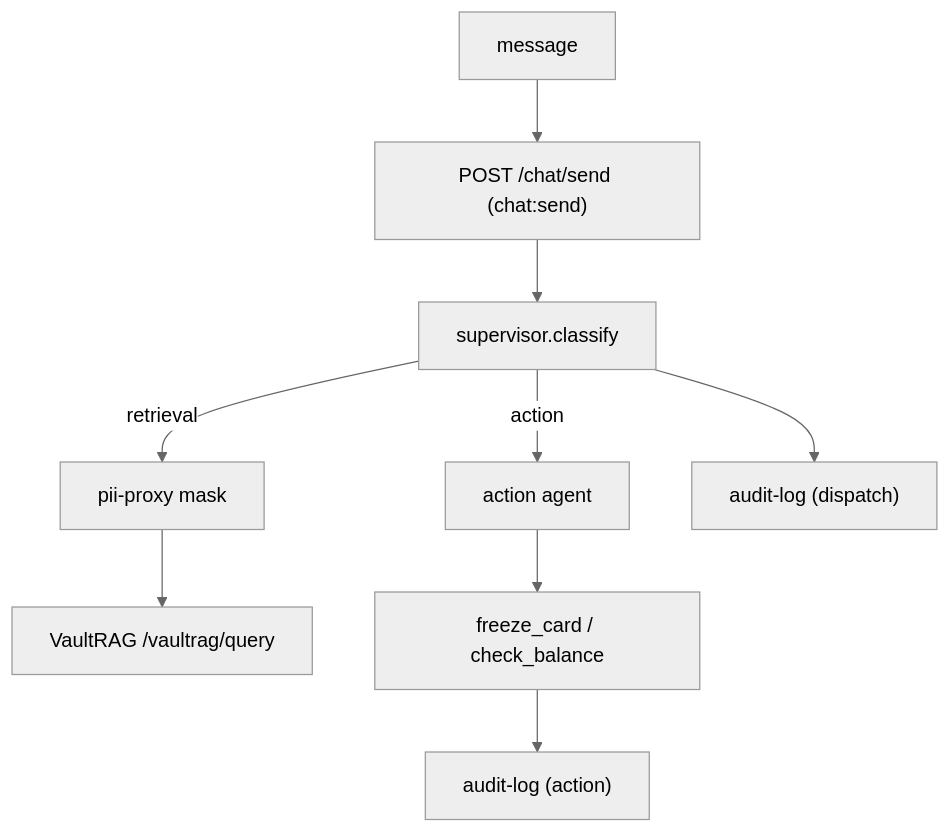
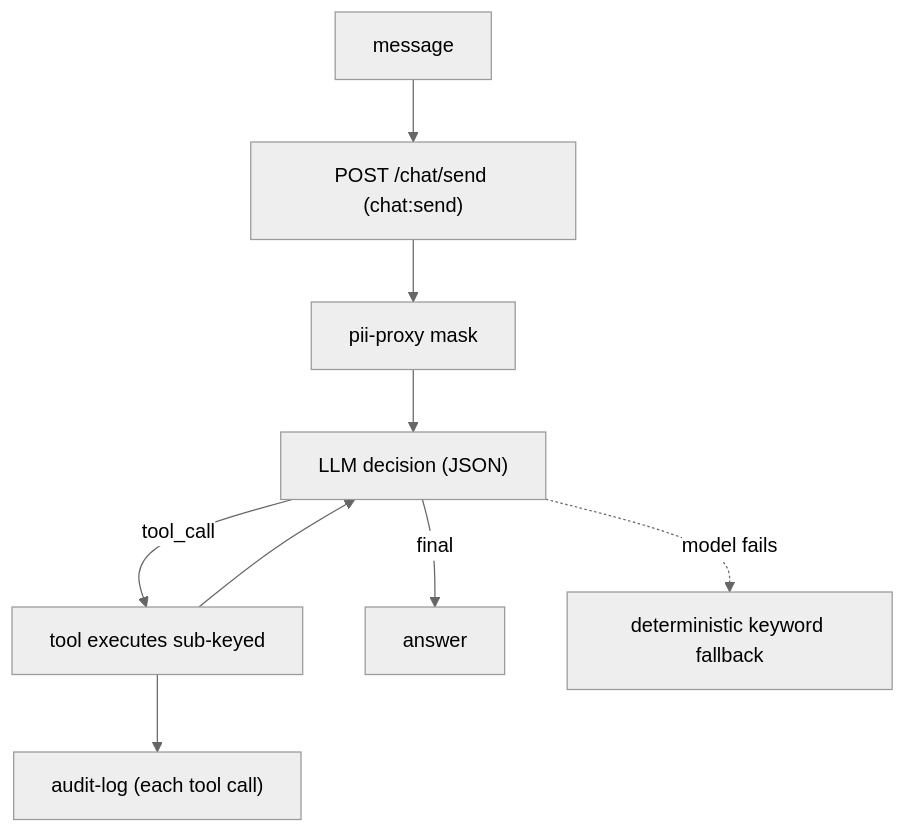
Before and after one commit to arkano1dev/AISecurity4Fintech: the diagram in apps/agentflow/README.md, drawn with Mermaid (neutral theme). The commit also changed other lines of this file and 15 other files, not shown here.

First line of the commit message:
AgentFlow: LLM-driven agent loop with bounded tools (#6)

````diff
--- a/apps/agentflow/README.md
+++ b/apps/agentflow/README.md
@@ -11,11 +10,11 @@
 ```mermaid
 flowchart TD
     MSG[message] --> SEND["POST /chat/send (chat:send)"]
-    SEND --> SUP[supervisor.classify]
-    SUP -->|retrieval| MASK["pii-proxy mask"]
-    MASK --> VR["VaultRAG /vaultrag/query"]
-    SUP -->|action| ACT[action agent]
-    ACT --> ACC[freeze_card / check_balance]
-    SUP --> AUDIT["audit-log (dispatch)"]
-    ACC --> AUDIT2["audit-log (action)"]
+    SEND --> MASK["pii-proxy mask"]
+    MASK --> LLM["LLM decision (JSON)"]
+    LLM -->|tool_call| TOOL[tool executes sub-keyed]
+    TOOL --> LLM
+    LLM -->|final| OUT[answer]
+    TOOL --> AUDIT["audit-log (each tool call)"]
+    LLM -. model fails .-> FB[deterministic keyword fallback]
 ```
````
